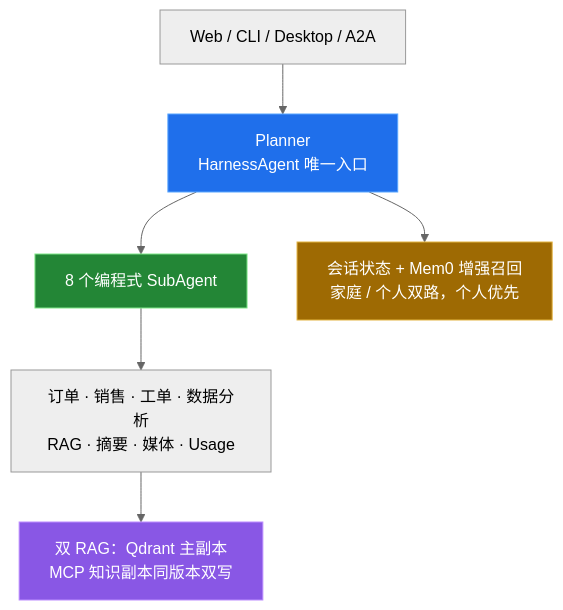
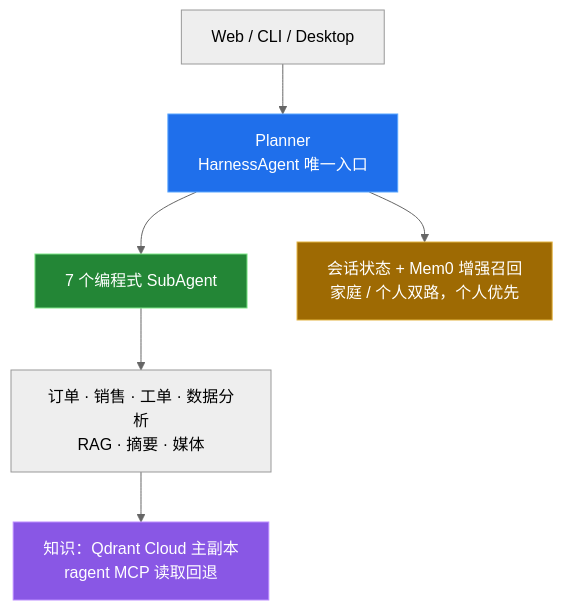
Before and after one commit to leohou0430/my-ai-stack: the first of 15 diagrams in README.md, drawn with Mermaid (neutral theme). The commit also changed other lines of this file, not shown here.

````diff
--- a/README.md
+++ b/README.md
@@ -77,12 +78,12 @@
 ```mermaid
 graph TB
-    Client["Web / CLI / Desktop / A2A"] --> Planner["Planner<br/>HarnessAgent 唯一入口"]
-    Planner --> SA["8 个编程式 SubAgent"]
-    SA --> Cap["订单 · 销售 · 工单 · 数据分析<br/>RAG · 摘要 · 媒体 · Usage"]
+    Client["Web / CLI / Desktop"] --> Planner["Planner<br/>HarnessAgent 唯一入口"]
+    Planner --> SA["7 个编程式 SubAgent"]
+    SA --> Cap["订单 · 销售 · 工单 · 数据分析<br/>RAG · 摘要 · 媒体"]
     Planner --> Mem["会话状态 + Mem0 增强召回<br/>家庭 / 个人双路，个人优先"]
-    Cap --> Rag["双 RAG：Qdrant 主副本<br/>MCP 知识副本同版本双写"]
+    Cap --> Rag["知识：Qdrant Cloud 主副本<br/>ragent MCP 读取回退"]
     style Planner fill:#1f6feb,stroke:#58a6ff,color:#fff
     style SA fill:#238636,stroke:#7ee787,color:#fff
     style Mem fill:#9e6a03,stroke:#e3b341,color:#fff
     style Rag fill:#8957e5,stroke:#bc8cff,color:#fff
 ```
````
